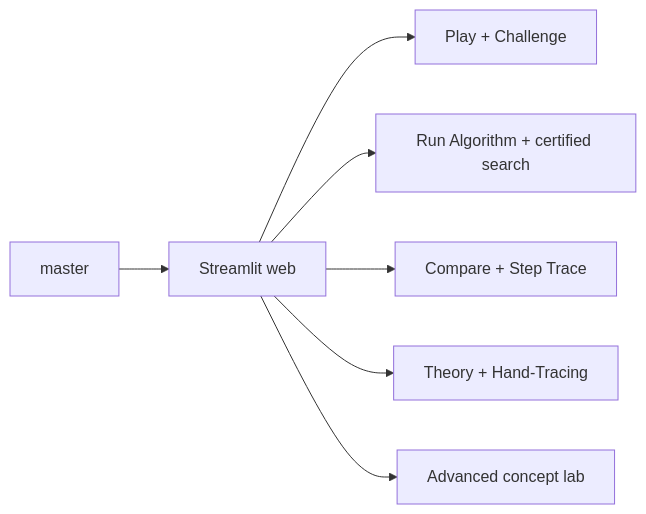
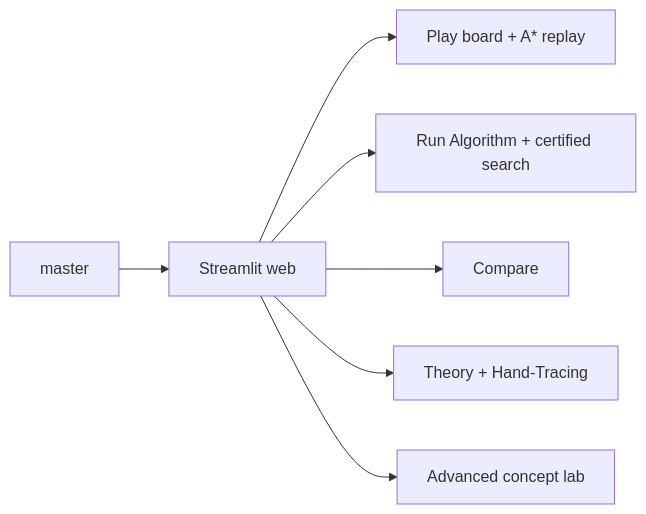
One commit to JasonTM17/AI_Algothrithm_Study_University changed the diagram in docs/branch-and-release-tree.md. Above: the diagram before and after it, drawn with Mermaid. The commit also changed other lines of this file and 12 other files, not shown here.

````diff
--- a/docs/branch-and-release-tree.md
+++ b/docs/branch-and-release-tree.md
@@ -5,9 +5,9 @@
 ```mermaid
 flowchart LR
     M["master"] --> W["Streamlit web"]
-    W --> P["Play + Challenge"]
+    W --> P["Play board + A* replay"]
     W --> R["Run Algorithm + certified search"]
-    W --> C["Compare + Step Trace"]
+    W --> C["Compare"]
     W --> T["Theory + Hand-Tracing"]
     W --> A["Advanced concept lab"]
 ```
````
